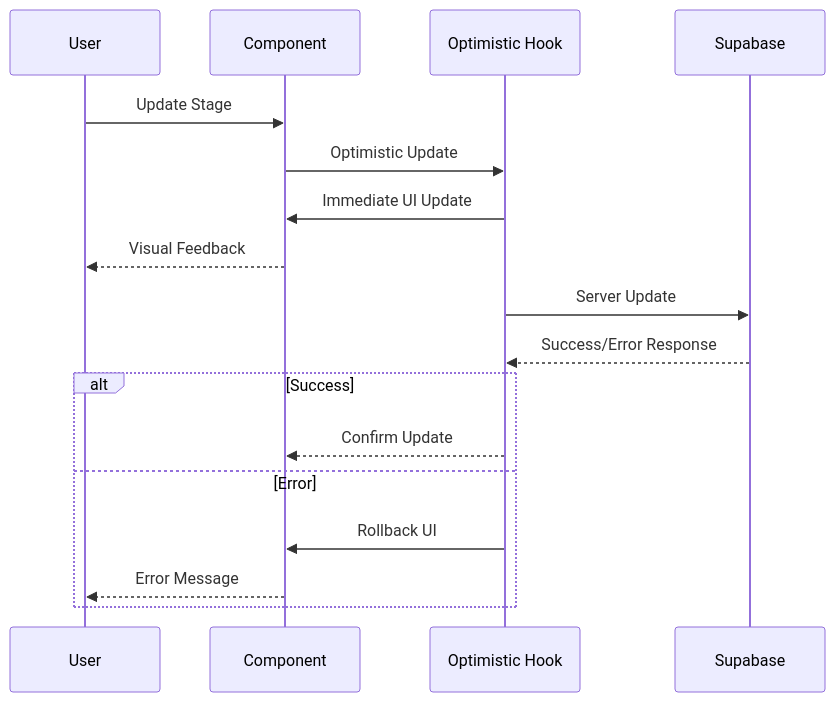
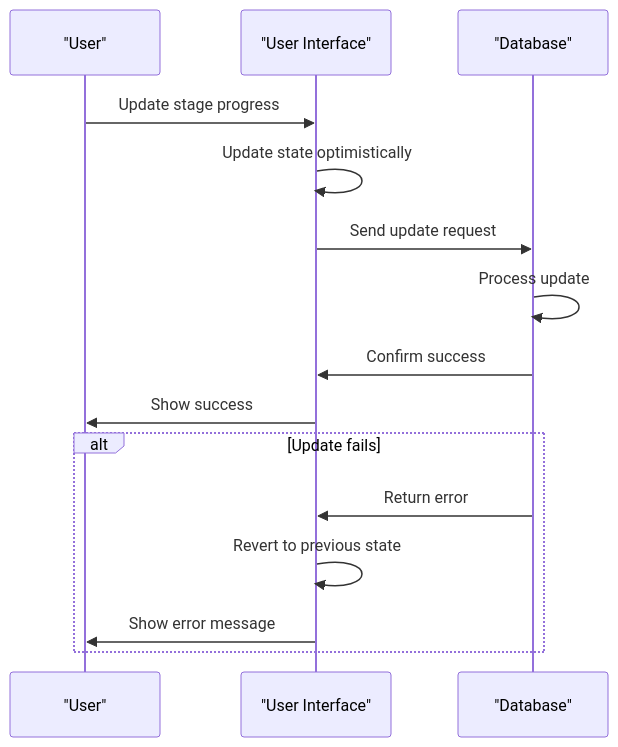
The ninth of 9 diagrams in .qoder/repowiki/en/content/Core Features/LoopTrace™ Production Tracking/LoopTrace™ Production Tracking.md (sleekapparels-admin/sleekapp-v100), drawn with Mermaid before and after one commit. The commit also changed other lines of this file and 337 other files, not shown here.

````diff
--- a/.qoder/repowiki/en/content/Core Features/LoopTrace™ Production Tracking/LoopTrace™ Production Tracking.md
+++ b/.qoder/repowiki/en/content/Core Features/LoopTrace™ Production Tracking/LoopTrace™ Production Tracking.md
@@ -371,19 +412,17 @@
 ```mermaid
 sequenceDiagram
-participant User as User
-participant Component as Component
-participant Optimistic as Optimistic Hook
-participant Supabase as Supabase
-User->>Component : Update Stage
-Component->>Optimistic : Optimistic Update
-Optimistic->>Component : Immediate UI Update
-Component-->>User : Visual Feedback
-Optimistic->>Supabase : Server Update
-Supabase-->>Optimistic : Success/Error Response
-alt Success
-Optimistic-->>Component : Confirm Update
-else Error
-Optimistic->>Component : Rollback UI
-Component-->>User : Error Message
+participant User as "User"
+participant UI as "User Interface"
+participant DB as "Database"
+User->>UI : Update stage progress
+UI->>UI : Update state optimistically
+UI->>DB : Send update request
+DB->>DB : Process update
+DB->>UI : Confirm success
+UI->>User : Show success
+alt Update fails
+DB->>UI : Return error
+UI->>UI : Revert to previous state
+UI->>User : Show error message
 end
 ```
````
